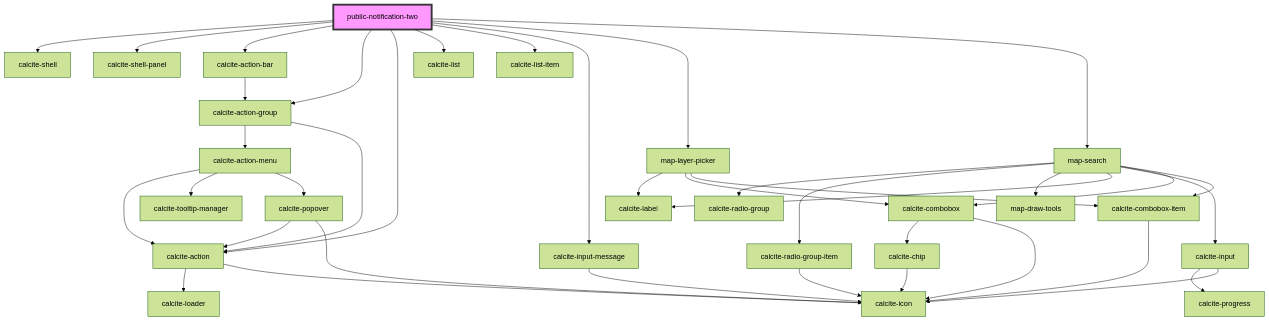
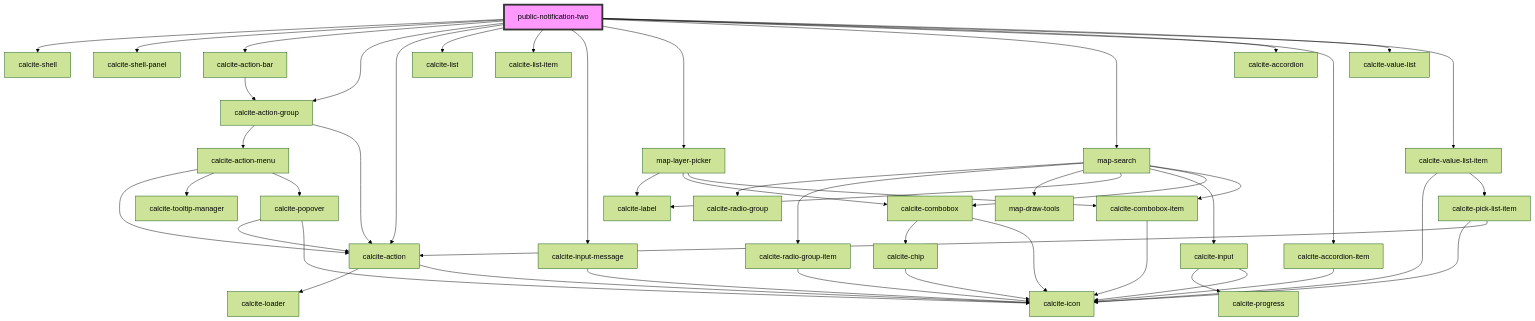
The diagram in src/components/public-notification-two/readme.md (Esri/solutions-components), drawn with Mermaid (forest theme) before and after one commit. The commit also changed other lines of this file and 5 other files, not shown here.

````diff
--- a/src/components/public-notification-two/readme.md
+++ b/src/components/public-notification-two/readme.md
@@ -35,42 +40,51 @@
 ```mermaid
 graph TD;
   public-notification-two --> calcite-shell
   public-notification-two --> calcite-shell-panel
   public-notification-two --> calcite-action-bar
   public-notification-two --> calcite-action-group
   public-notification-two --> calcite-action
   public-notification-two --> calcite-list
   public-notification-two --> calcite-list-item
   public-notification-two --> calcite-input-message
   public-notification-two --> map-layer-picker
   public-notification-two --> map-search
+  public-notification-two --> calcite-accordion
+  public-notification-two --> calcite-accordion-item
+  public-notification-two --> calcite-value-list
+  public-notification-two --> calcite-value-list-item
   calcite-action-bar --> calcite-action-group
   calcite-action-group --> calcite-action-menu
   calcite-action-group --> calcite-action
   calcite-action-menu --> calcite-action
   calcite-action-menu --> calcite-tooltip-manager
   calcite-action-menu --> calcite-popover
   calcite-action --> calcite-loader
   calcite-action --> calcite-icon
   calcite-popover --> calcite-action
   calcite-popover --> calcite-icon
   calcite-input-message --> calcite-icon
   map-layer-picker --> calcite-label
   map-layer-picker --> calcite-combobox
   map-layer-picker --> calcite-combobox-item
   calcite-combobox --> calcite-chip
   calcite-combobox --> calcite-icon
   calcite-chip --> calcite-icon
   calcite-combobox-item --> calcite-icon
   map-search --> calcite-radio-group
   map-search --> calcite-radio-group-item
   map-search --> map-draw-tools
   map-search --> calcite-label
   map-search --> calcite-input
   map-search --> calcite-combobox
   map-search --> calcite-combobox-item
   calcite-radio-group-item --> calcite-icon
   calcite-input --> calcite-progress
   calcite-input --> calcite-icon
+  calcite-accordion-item --> calcite-icon
+  calcite-value-list-item --> calcite-icon
+  calcite-value-list-item --> calcite-pick-list-item
+  calcite-pick-list-item --> calcite-icon
+  calcite-pick-list-item --> calcite-action
   style public-notification-two fill:#f9f,stroke:#333,stroke-width:4px
 ```
````
